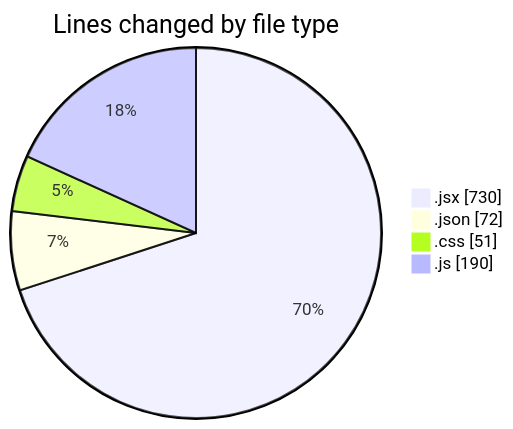
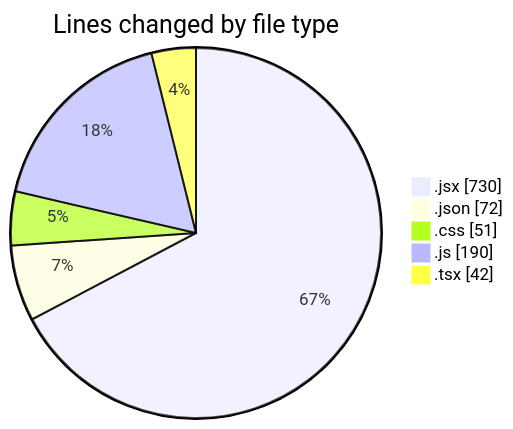
The first of 2 diagrams in 2026-03-19/commonwealth-front-end-task/README.md (momahboobian/code-tracking), drawn with Mermaid before and after one commit. The commit also changed other lines of this file and 1 other file, not shown here.

````diff
--- a/2026-03-19/commonwealth-front-end-task/README.md
+++ b/2026-03-19/commonwealth-front-end-task/README.md
@@ -26,8 +27,9 @@
 ```mermaid
 pie showData
 title Lines changed by file type
 ".jsx" : 730
 ".json" : 72
 ".css" : 51
 ".js" : 190
+".tsx" : 42
 ```
````
